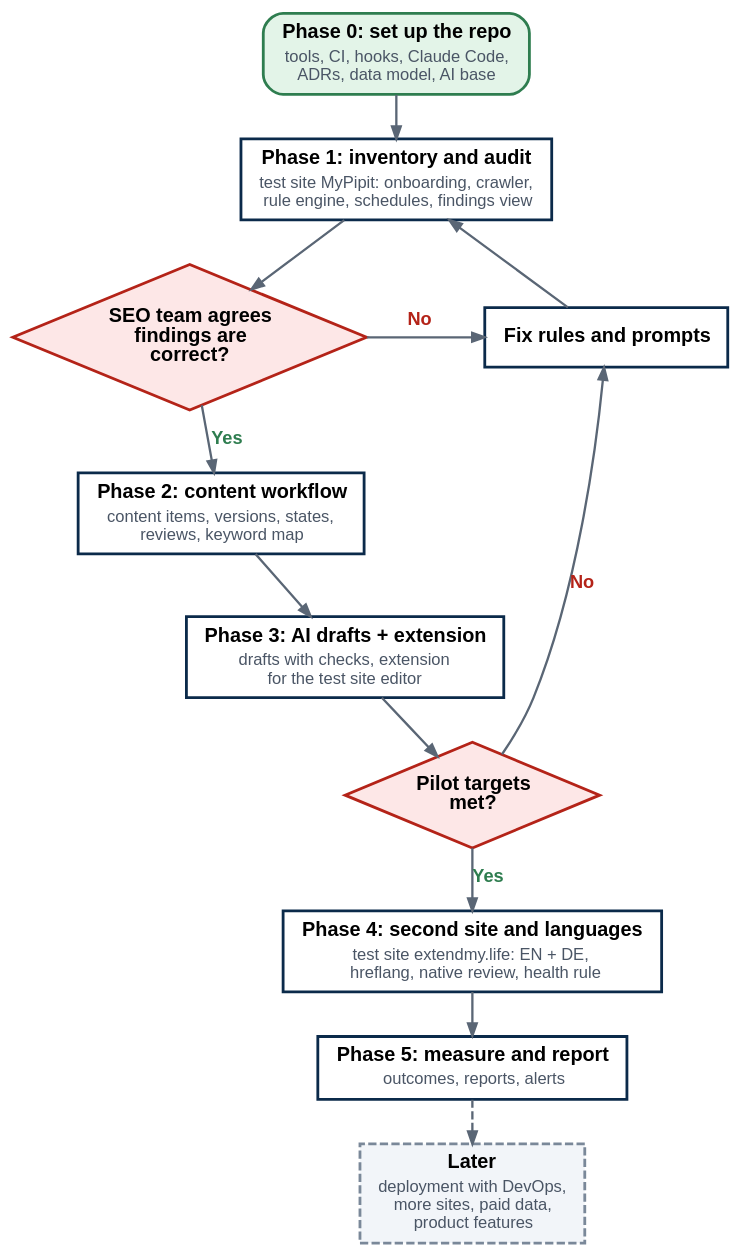
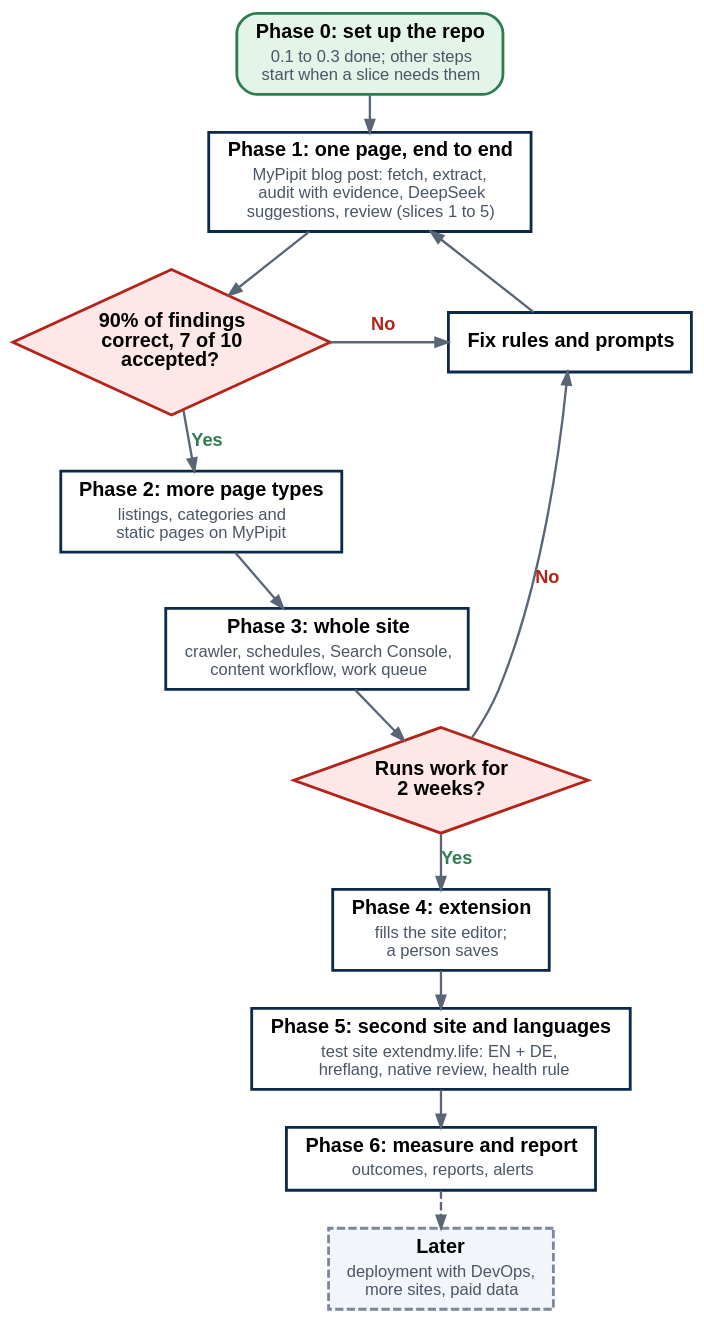
The diagram in requirements/diagrams/roadmap.dot (raksha-gurzu/seo-advisor), drawn with Graphviz before and after one commit. The commit also changed 21 other files, not shown here.

```diff
--- a/requirements/diagrams/roadmap.dot
+++ b/requirements/diagrams/roadmap.dot
@@ -1,28 +1,30 @@
 digraph G {
-  graph [rankdir=TB fontname="Arial" nodesep=0.5 ranksep=0.36 splines=spline bgcolor="transparent"
+  graph [rankdir=TB fontname="Arial" nodesep=0.5 ranksep=0.3 splines=spline bgcolor="transparent"
          pad=0.15 newrank=true compound=true];
   node  [fontname="Arial" fontsize=12 margin="0.14,0.07"];
   edge  [fontname="Arial" fontsize=11 color="#5a6675" penwidth=1.4 arrowsize=0.75];
-  P0 [label=<<TABLE BORDER="0" CELLSPACING="0" CELLPADDING="1"><TR><TD><B>Phase 0: set up the repo</B></TD></TR><TR><TD><FONT POINT-SIZE="10" COLOR="#4a5565">tools, CI, hooks, Claude Code,<BR/>ADRs, data model, AI base</FONT></TD></TR></TABLE>> shape="box" style="rounded,filled" fillcolor="#e3f4e8" color="#2e7d4f" penwidth=1.7];
-  P1 [label=<<TABLE BORDER="0" CELLSPACING="0" CELLPADDING="1"><TR><TD><B>Phase 1: inventory and audit</B></TD></TR><TR><TD><FONT POINT-SIZE="10" COLOR="#4a5565">test site MyPipit: onboarding, crawler,<BR/>rule engine, schedules, findings view</FONT></TD></TR></TABLE>> shape="box" style="filled" fillcolor="#ffffff" color="#0b2a4a" penwidth=1.7];
-  G1 [label=<<TABLE BORDER="0" CELLSPACING="0" CELLPADDING="1"><TR><TD><B>SEO team agrees</B><BR/><B>findings are</B><BR/><B>correct?</B></TD></TR></TABLE>> shape="diamond" style="filled" fillcolor="#fde7e7" color="#b42318" margin="0.04" penwidth=1.7];
-  P2 [label=<<TABLE BORDER="0" CELLSPACING="0" CELLPADDING="1"><TR><TD><B>Phase 2: content workflow</B></TD></TR><TR><TD><FONT POINT-SIZE="10" COLOR="#4a5565">content items, versions, states,<BR/>reviews, keyword map</FONT></TD></TR></TABLE>> shape="box" style="filled" fillcolor="#ffffff" color="#0b2a4a" penwidth=1.7];
-  P3 [label=<<TABLE BORDER="0" CELLSPACING="0" CELLPADDING="1"><TR><TD><B>Phase 3: AI drafts + extension</B></TD></TR><TR><TD><FONT POINT-SIZE="10" COLOR="#4a5565">drafts with checks, extension<BR/>for the test site editor</FONT></TD></TR></TABLE>> shape="box" style="filled" fillcolor="#ffffff" color="#0b2a4a" penwidth=1.7];
-  G3 [label=<<TABLE BORDER="0" CELLSPACING="0" CELLPADDING="1"><TR><TD><B>Pilot targets</B><BR/><B>met?</B></TD></TR></TABLE>> shape="diamond" style="filled" fillcolor="#fde7e7" color="#b42318" margin="0.04" penwidth=1.7];
-  P4 [label=<<TABLE BORDER="0" CELLSPACING="0" CELLPADDING="1"><TR><TD><B>Phase 4: second site and languages</B></TD></TR><TR><TD><FONT POINT-SIZE="10" COLOR="#4a5565">test site extendmy.life: EN + DE,<BR/>hreflang, native review, health rule</FONT></TD></TR></TABLE>> shape="box" style="filled" fillcolor="#ffffff" color="#0b2a4a" penwidth=1.7];
-  P5 [label=<<TABLE BORDER="0" CELLSPACING="0" CELLPADDING="1"><TR><TD><B>Phase 5: measure and report</B></TD></TR><TR><TD><FONT POINT-SIZE="10" COLOR="#4a5565">outcomes, reports, alerts</FONT></TD></TR></TABLE>> shape="box" style="filled" fillcolor="#ffffff" color="#0b2a4a" penwidth=1.7];
-  P6 [label=<<TABLE BORDER="0" CELLSPACING="0" CELLPADDING="1"><TR><TD><B>Later</B></TD></TR><TR><TD><FONT POINT-SIZE="10" COLOR="#4a5565">deployment with DevOps,<BR/>more sites, paid data,<BR/>product features</FONT></TD></TR></TABLE>> shape="box" style="filled,dashed" fillcolor="#f2f5f9" color="#7a8899" penwidth=1.7];
+  P0 [label=<<TABLE BORDER="0" CELLSPACING="0" CELLPADDING="1"><TR><TD><B>Phase 0: set up the repo</B></TD></TR><TR><TD><FONT POINT-SIZE="10" COLOR="#4a5565">0.1 to 0.3 done; other steps<BR/>start when a slice needs them</FONT></TD></TR></TABLE>> shape="box" style="rounded,filled" fillcolor="#e3f4e8" color="#2e7d4f" penwidth=1.7];
+  P1 [label=<<TABLE BORDER="0" CELLSPACING="0" CELLPADDING="1"><TR><TD><B>Phase 1: one page, end to end</B></TD></TR><TR><TD><FONT POINT-SIZE="10" COLOR="#4a5565">MyPipit blog post: fetch, extract,<BR/>audit with evidence, DeepSeek<BR/>suggestions, review (slices 1 to 5)</FONT></TD></TR></TABLE>> shape="box" style="filled" fillcolor="#ffffff" color="#0b2a4a" penwidth=1.7];
+  G1 [label=<<TABLE BORDER="0" CELLSPACING="0" CELLPADDING="1"><TR><TD><B>90% of findings</B><BR/><B>correct, 7 of 10</B><BR/><B>accepted?</B></TD></TR></TABLE>> shape="diamond" style="filled" fillcolor="#fde7e7" color="#b42318" margin="0.04" penwidth=1.7];
+  P2 [label=<<TABLE BORDER="0" CELLSPACING="0" CELLPADDING="1"><TR><TD><B>Phase 2: more page types</B></TD></TR><TR><TD><FONT POINT-SIZE="10" COLOR="#4a5565">listings, categories and<BR/>static pages on MyPipit</FONT></TD></TR></TABLE>> shape="box" style="filled" fillcolor="#ffffff" color="#0b2a4a" penwidth=1.7];
+  P3 [label=<<TABLE BORDER="0" CELLSPACING="0" CELLPADDING="1"><TR><TD><B>Phase 3: whole site</B></TD></TR><TR><TD><FONT POINT-SIZE="10" COLOR="#4a5565">crawler, schedules, Search Console,<BR/>content workflow, work queue</FONT></TD></TR></TABLE>> shape="box" style="filled" fillcolor="#ffffff" color="#0b2a4a" penwidth=1.7];
+  G3 [label=<<TABLE BORDER="0" CELLSPACING="0" CELLPADDING="1"><TR><TD><B>Runs work for</B><BR/><B>2 weeks?</B></TD></TR></TABLE>> shape="diamond" style="filled" fillcolor="#fde7e7" color="#b42318" margin="0.04" penwidth=1.7];
+  P4 [label=<<TABLE BORDER="0" CELLSPACING="0" CELLPADDING="1"><TR><TD><B>Phase 4: extension</B></TD></TR><TR><TD><FONT POINT-SIZE="10" COLOR="#4a5565">fills the site editor;<BR/>a person saves</FONT></TD></TR></TABLE>> shape="box" style="filled" fillcolor="#ffffff" color="#0b2a4a" penwidth=1.7];
+  P5 [label=<<TABLE BORDER="0" CELLSPACING="0" CELLPADDING="1"><TR><TD><B>Phase 5: second site and languages</B></TD></TR><TR><TD><FONT POINT-SIZE="10" COLOR="#4a5565">test site extendmy.life: EN + DE,<BR/>hreflang, native review, health rule</FONT></TD></TR></TABLE>> shape="box" style="filled" fillcolor="#ffffff" color="#0b2a4a" penwidth=1.7];
+  P6 [label=<<TABLE BORDER="0" CELLSPACING="0" CELLPADDING="1"><TR><TD><B>Phase 6: measure and report</B></TD></TR><TR><TD><FONT POINT-SIZE="10" COLOR="#4a5565">outcomes, reports, alerts</FONT></TD></TR></TABLE>> shape="box" style="filled" fillcolor="#ffffff" color="#0b2a4a" penwidth=1.7];
+  PL [label=<<TABLE BORDER="0" CELLSPACING="0" CELLPADDING="1"><TR><TD><B>Later</B></TD></TR><TR><TD><FONT POINT-SIZE="10" COLOR="#4a5565">deployment with DevOps,<BR/>more sites, paid data</FONT></TD></TR></TABLE>> shape="box" style="filled,dashed" fillcolor="#f2f5f9" color="#7a8899" penwidth=1.7];
   FX [label=<<TABLE BORDER="0" CELLSPACING="0" CELLPADDING="1"><TR><TD><B>Fix rules and prompts</B></TD></TR></TABLE>> shape="box" style="filled" fillcolor="#ffffff" color="#0b2a4a" penwidth=1.7];
   P0 -> P1 [];
   P1 -> G1 [];
   G1 -> P2 [label=<<B> Yes </B>> fontcolor="#2e7d4f"];
   G1 -> FX [label=<<B> No </B>> fontcolor="#b42318"];
   FX -> P1 [];
   P2 -> P3 [];
   P3 -> G3 [];
   G3 -> P4 [label=<<B> Yes </B>> fontcolor="#2e7d4f"];
   G3 -> FX [label=<<B> No </B>> fontcolor="#b42318"];
   P4 -> P5 [];
-  P5 -> P6 [style="dashed"];
+  P5 -> P6 [];
+  P6 -> PL [style="dashed"];
   { rank=same; G1; FX; }
 }
```
